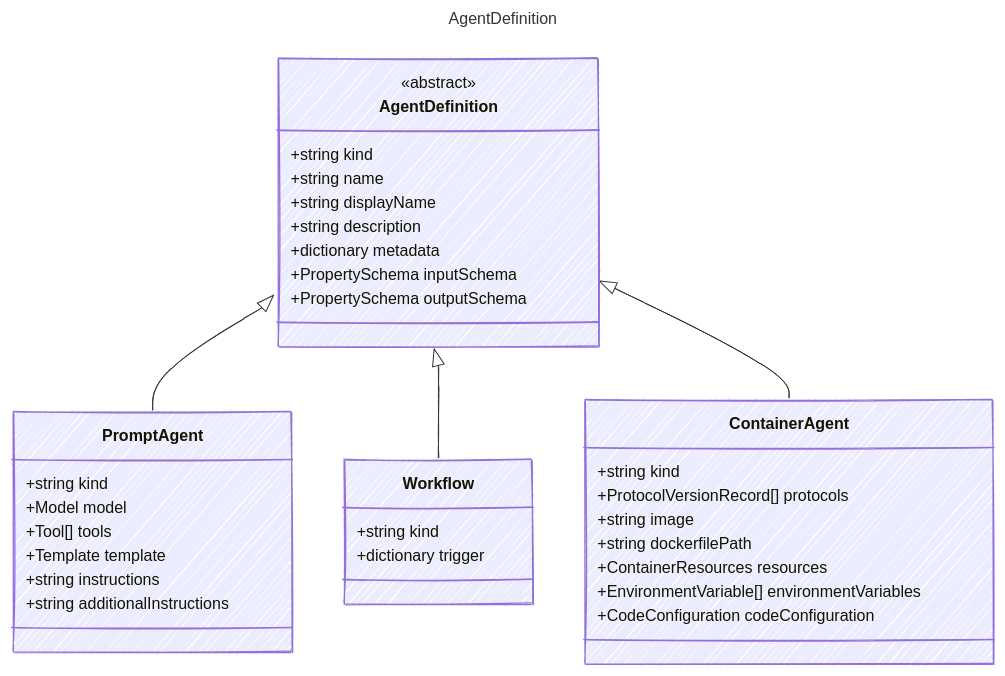
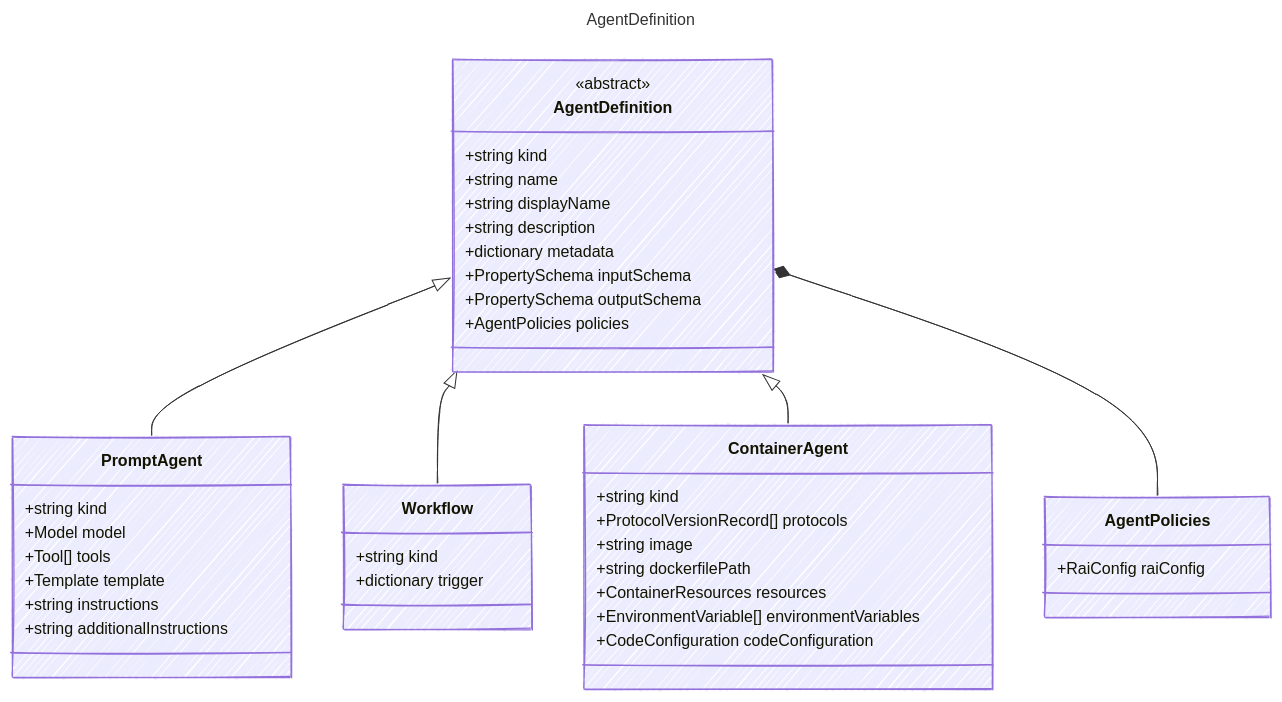
The diagram in docs/src/content/docs/reference/AgentDefinition.md (microsoft/AgentSchema), drawn with Mermaid before and after one commit. The commit also changed other lines of this file and 44 other files, not shown here.

First line of the commit message:
Add policies/rai_config to AgentDefinition schema

````diff
--- a/docs/src/content/docs/reference/AgentDefinition.md
+++ b/docs/src/content/docs/reference/AgentDefinition.md
@@ -14,45 +14,50 @@
 ```mermaid
 ---
 title: AgentDefinition
 config:
   look: handDrawn
   theme: colorful
   class:
     hideEmptyMembersBox: true
 ---
 classDiagram
     class AgentDefinition {
       <<abstract>>
         +string kind
         +string name
         +string displayName
         +string description
         +dictionary metadata
         +PropertySchema inputSchema
         +PropertySchema outputSchema
+        +AgentPolicies policies
     }
     class PromptAgent {
         +string kind
         +Model model
         +Tool[] tools
         +Template template
         +string instructions
         +string additionalInstructions
     }
     AgentDefinition <|-- PromptAgent
     class Workflow {
         +string kind
         +dictionary trigger
     }
     AgentDefinition <|-- Workflow
     class ContainerAgent {
         +string kind
         +ProtocolVersionRecord[] protocols
         +string image
         +string dockerfilePath
         +ContainerResources resources
         +EnvironmentVariable[] environmentVariables
         +CodeConfiguration codeConfiguration
     }
     AgentDefinition <|-- ContainerAgent
+    class AgentPolicies {
+        +RaiConfig raiConfig
+    }
+    AgentDefinition *-- AgentPolicies
 ```
````
